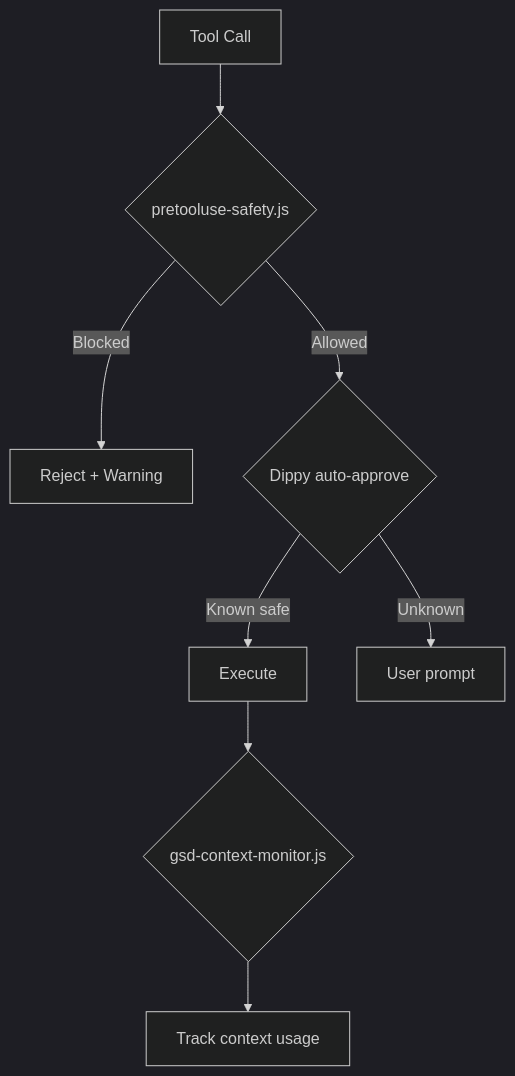
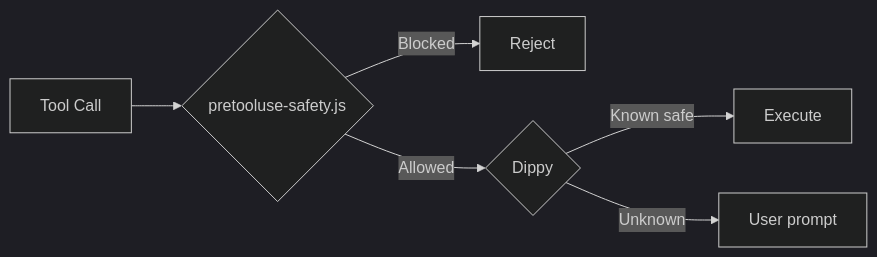
The diagram in README.md (sudohakan/claude-code-dotfiles), drawn with Mermaid (dark theme) before and after one commit. The commit also changed other lines of this file, not shown here.

````diff
--- a/README.md
+++ b/README.md
@@ -474,10 +309,8 @@
 ```mermaid
-flowchart TD
+flowchart LR
     A["Tool Call"] --> B{"pretooluse-safety.js"}
-    B -->|"Blocked"| C["Reject + Warning"]
-    B -->|"Allowed"| D{"Dippy auto-approve"}
+    B -->|"Blocked"| C["Reject"]
+    B -->|"Allowed"| D{"Dippy"}
     D -->|"Known safe"| E["Execute"]
     D -->|"Unknown"| F["User prompt"]
-    E --> G{"gsd-context-monitor.js"}
-    G --> H["Track context usage"]
 ```
````
